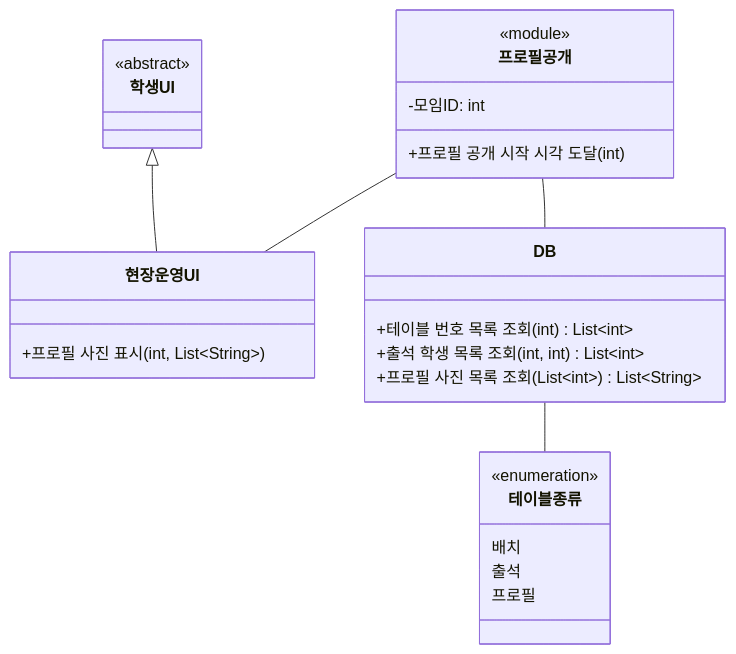
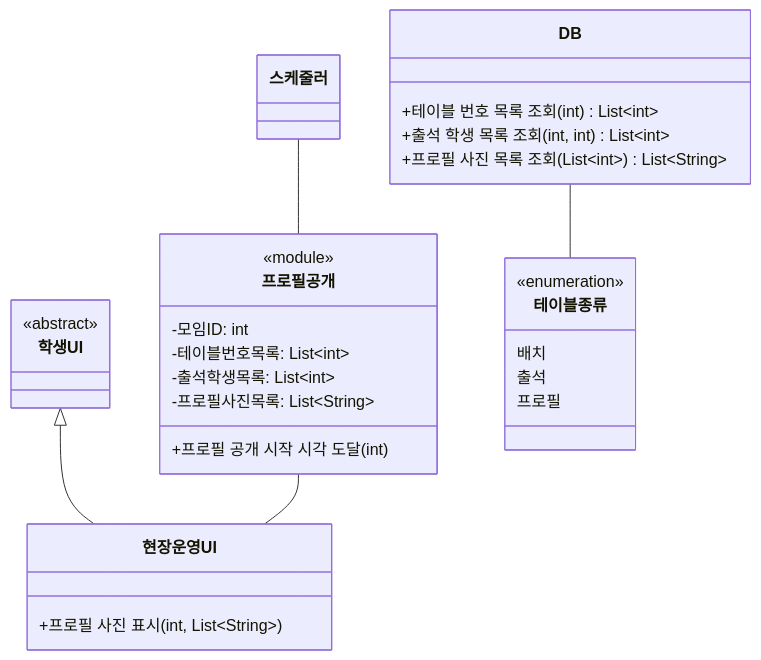
One commit to hojae3/sw-engineering-16 changed the diagram in presentation/08/3-class-v3.md. Above: the diagram before and after it, drawn with Mermaid. The commit also changed other lines of this file and 5 other files, not shown here.

````diff
--- a/presentation/08/3-class-v3.md
+++ b/presentation/08/3-class-v3.md
@@ -11,30 +11,34 @@
 ```mermaid
 classDiagram
+    class 스케줄러
     class 학생UI {
         <<abstract>>
     }
     class 현장운영UI {
         +프로필 사진 표시(int, List~String~)
     }
     class 프로필공개 {
         <<module>>
         -모임ID: int
+        -테이블번호목록: List~int~
+        -출석학생목록: List~int~
+        -프로필사진목록: List~String~
         +프로필 공개 시작 시각 도달(int)
     }
     class DB {
         +테이블 번호 목록 조회(int) List~int~
         +출석 학생 목록 조회(int, int) List~int~
         +프로필 사진 목록 조회(List~int~) List~String~
     }
     class 테이블종류 {
         <<enumeration>>
         배치
         출석
         프로필
     }
 
     학생UI <|-- 현장운영UI
-    프로필공개 -- DB
+    스케줄러 -- 프로필공개
     프로필공개 -- 현장운영UI
     DB -- 테이블종류
 ```
````
